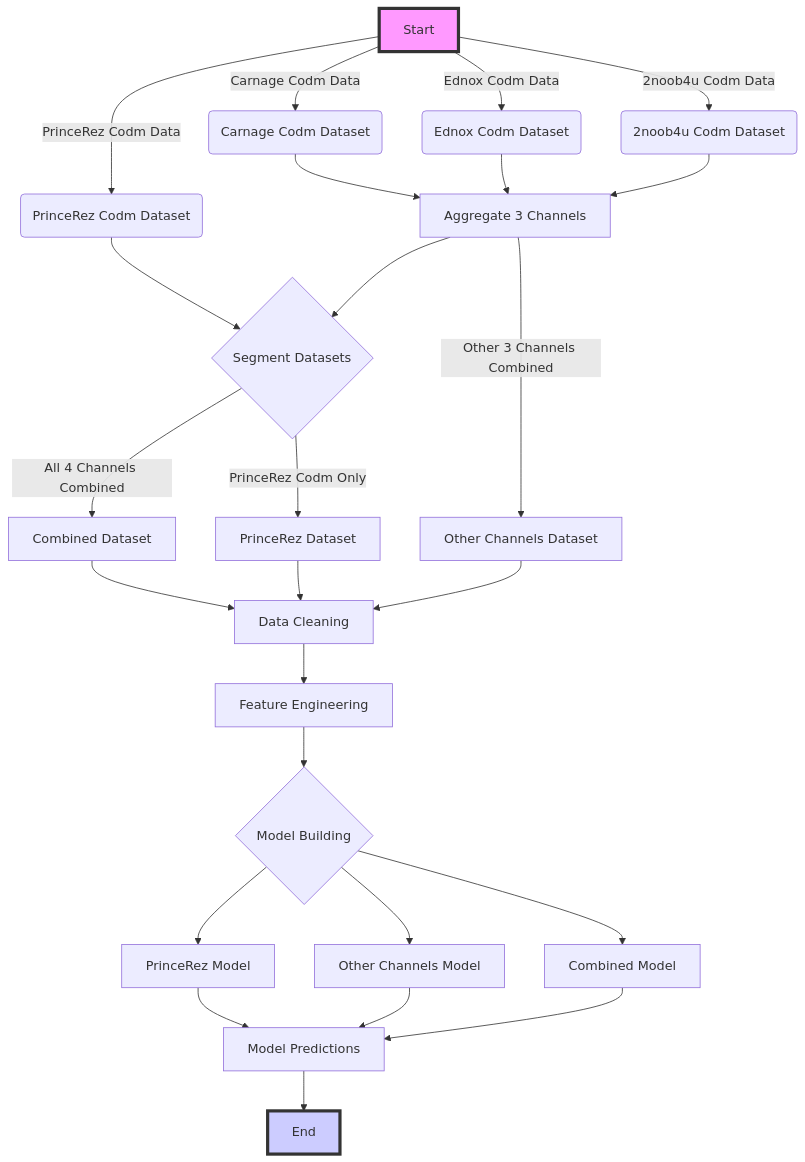
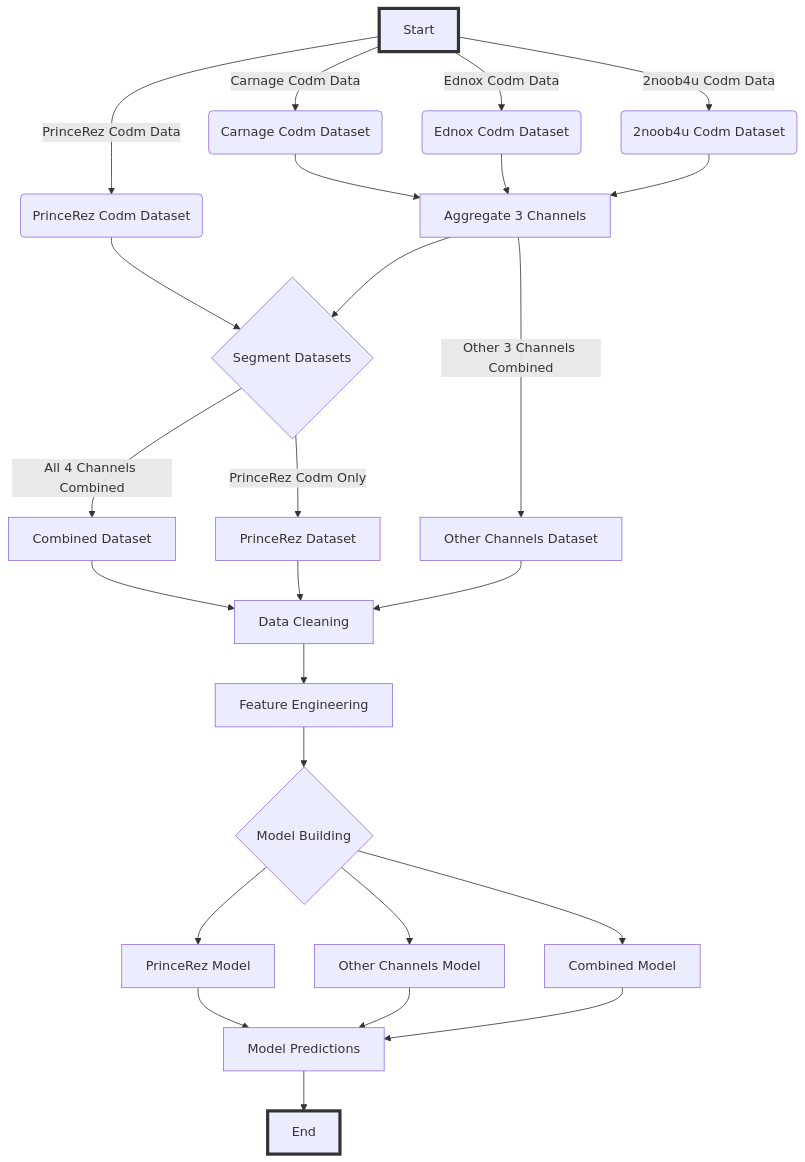
One commit to revanthkrishnamg/YouTube-Analysis-R changed the first of 2 diagrams in YouTube Modelling using R/YouTube_Quarto.qmd. Above: the diagram before and after it, drawn with Mermaid. The commit also changed other lines of this file and 1 other file, not shown here.

Commit message:
Added mermaid flow chart to understand the model prediction flow better (Updated YouTube_Quarto.R & Added the new generated html file for it)

````diff
--- a/YouTube Modelling using R/YouTube_Quarto.qmd
+++ b/YouTube Modelling using R/YouTube_Quarto.qmd
@@ -25,36 +25,36 @@
 ```{mermaid}
 flowchart TD
     A[Start] -->|PrinceRez Codm Data| B1(PrinceRez Codm Dataset)
     A -->|Carnage Codm Data| B2(Carnage Codm Dataset)
     A -->|Ednox Codm Data| B3(Ednox Codm Dataset)
     A -->|2noob4u Codm Data| B4(2noob4u Codm Dataset)
     
     B1 --> C1{Segment Datasets}
     B2 --> C2[Aggregate 3 Channels]
     B3 --> C2
     B4 --> C2
     C2 --> C1
     C1 -->|All 4 Channels Combined| D[Combined Dataset]
     C1 -->|PrinceRez Codm Only| E[PrinceRez Dataset]
     C2 -->|Other 3 Channels Combined| F[Other Channels Dataset]
 
     D --> G[Data Cleaning]
     E --> G
     F --> G
     
     G --> H[Feature Engineering]
     
     H --> I{Model Building}
     I --> J[PrinceRez Model]
     I --> K[Other Channels Model]
     I --> L[Combined Model]
 
     J --> M[Model Predictions]
     K --> M
     L --> M
 
     M --> N[End]
     
-    style A fill:#f9f,stroke:#333,stroke-width:4px
-    style N fill:#ccf,stroke:#333,stroke-width:4px
+    style A fill,stroke:#333,stroke-width:4px
+    style N fill,stroke:#333,stroke-width:4px
 ```
````
